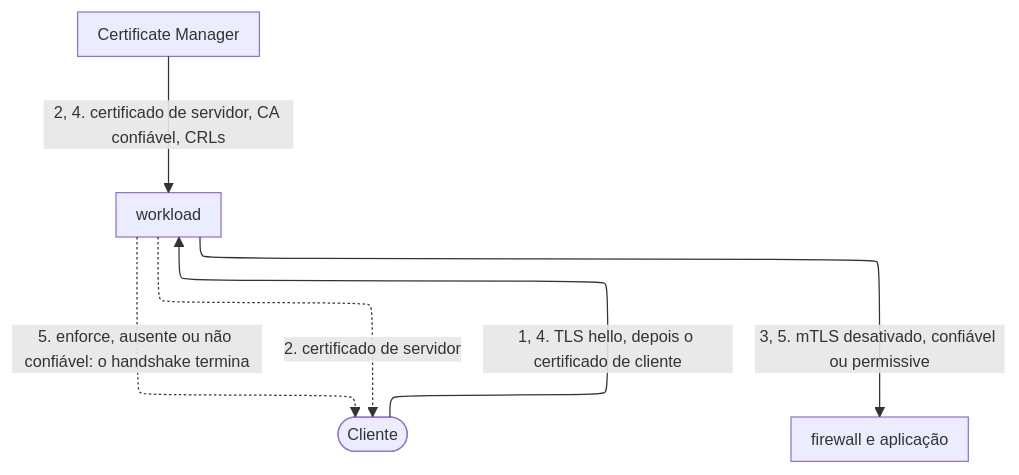
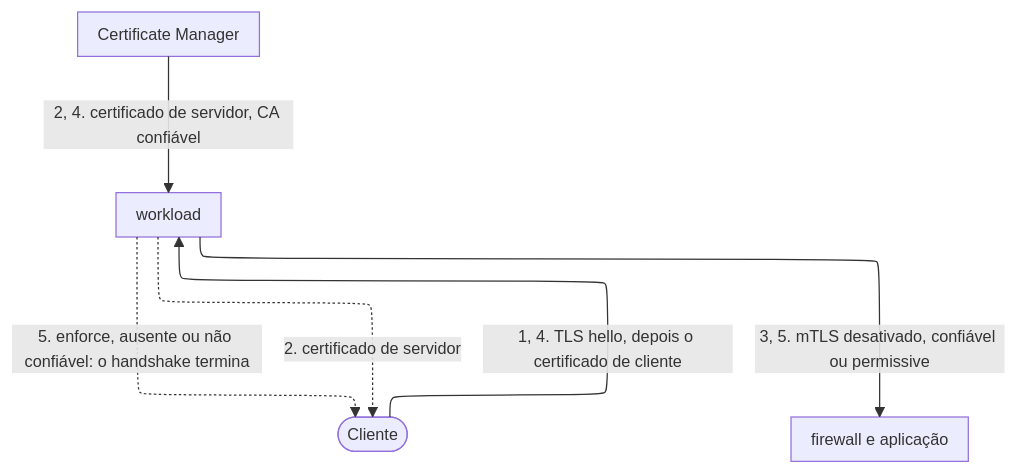
The third of 5 diagrams in apps/docs/src/content/docs/pt-br/pages/secure/workloads/como-funciona.mdx (aziontech/docs), drawn with Mermaid before and after one commit. The commit also changed 15 other files, not shown here.

````diff
--- a/apps/docs/src/content/docs/pt-br/pages/secure/workloads/como-funciona.mdx
+++ b/apps/docs/src/content/docs/pt-br/pages/secure/workloads/como-funciona.mdx
@@ -200,13 +200,13 @@
 ```mermaid
 %%{init: {"layout": "elk", "elk": {"cycleBreakingStrategy": "MODEL_ORDER"}, "themeVariables": {"fontSize": "13px"}, "flowchart": {"nodeSpacing": 24, "rankSpacing": 36, "padding": 8, "wrappingWidth": 150, "useMaxWidth": true}, "sequence": {"width": 120, "actorMargin": 30, "useMaxWidth": true}}}%%
 flowchart TD
   Client(["Cliente"])
   WL["workload"]
   CM["Certificate Manager"]
   FW["firewall e aplicação"]
   Client -->|"1, 4. TLS hello, depois o certificado de cliente"| WL
-  CM -->|"2, 4. certificado de servidor, CA confiável, CRLs"| WL
+  CM -->|"2, 4. certificado de servidor, CA confiável"| WL
   WL -.->|"2. certificado de servidor"| Client
   WL -.->|"5. enforce, ausente ou não confiável: o handshake termina"| Client
   WL -->|"3, 5. mTLS desativado, confiável ou permissive"| FW
 ```
````
